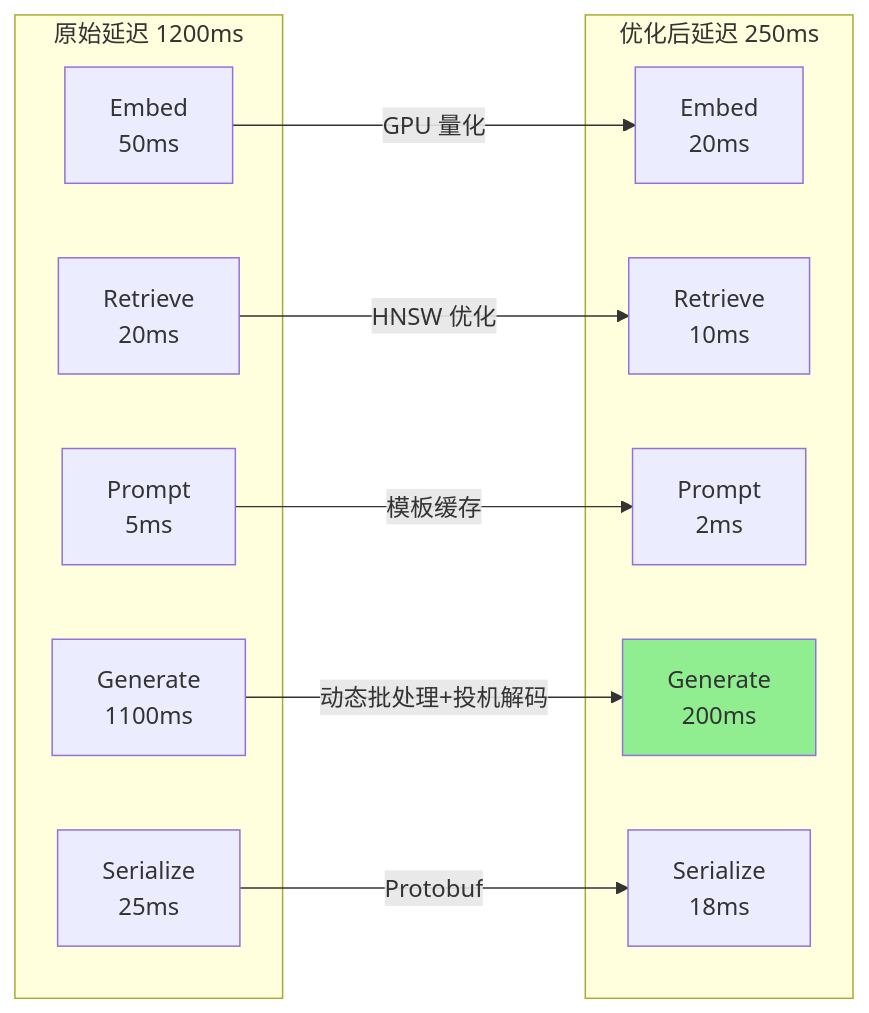
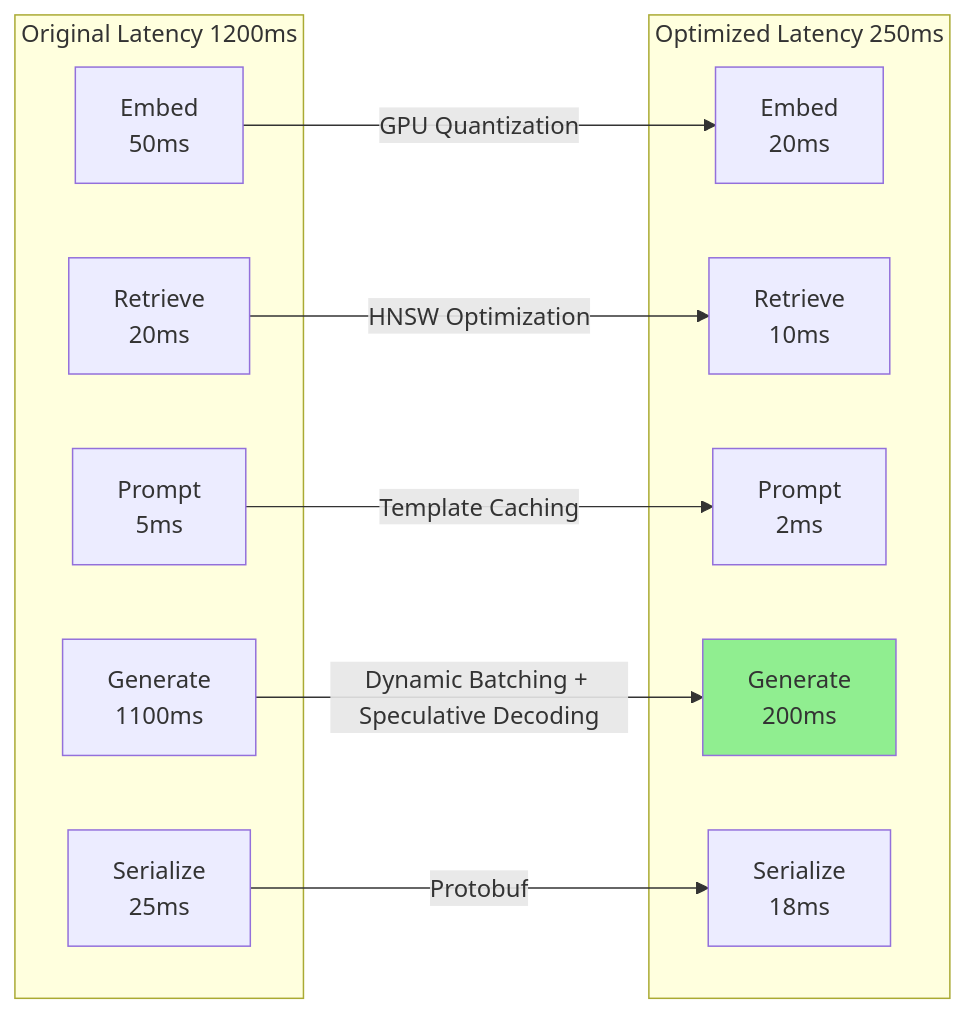
One commit to AdaMartin18010/AnalysisDataFlow changed the sixth of 6 diagrams in Flink/12-ai-ml/rag-streaming-architecture.md. Above: the diagram before and after it, drawn with Mermaid. The commit also changed other lines of this file and 20 other files, not shown here.

````diff
--- a/Flink/12-ai-ml/rag-streaming-architecture.md
+++ b/Flink/12-ai-ml/rag-streaming-architecture.md
@@ -1107,26 +1109,26 @@
 ```mermaid
 flowchart LR
-    subgraph "原始延迟 1200ms"
+    subgraph "Original Latency 1200ms"
         A1[Embed<br/>50ms]
         A2[Retrieve<br/>20ms]
         A3[Prompt<br/>5ms]
         A4[Generate<br/>1100ms]
         A5[Serialize<br/>25ms]
     end
 
-    subgraph "优化后延迟 250ms"
+    subgraph "Optimized Latency 250ms"
         B1[Embed<br/>20ms]
         B2[Retrieve<br/>10ms]
         B3[Prompt<br/>2ms]
         B4[Generate<br/>200ms]
         B5[Serialize<br/>18ms]
     end
 
-    A1 -->|GPU 量化| B1
-    A2 -->|HNSW 优化| B2
-    A3 -->|模板缓存| B3
-    A4 -->|动态批处理+投机解码| B4
+    A1 -->|GPU Quantization| B1
+    A2 -->|HNSW Optimization| B2
+    A3 -->|Template Caching| B3
+    A4 -->|Dynamic Batching + Speculative Decoding| B4
     A5 -->|Protobuf| B5
 
     style B4 fill:#90EE90
 ```
````
